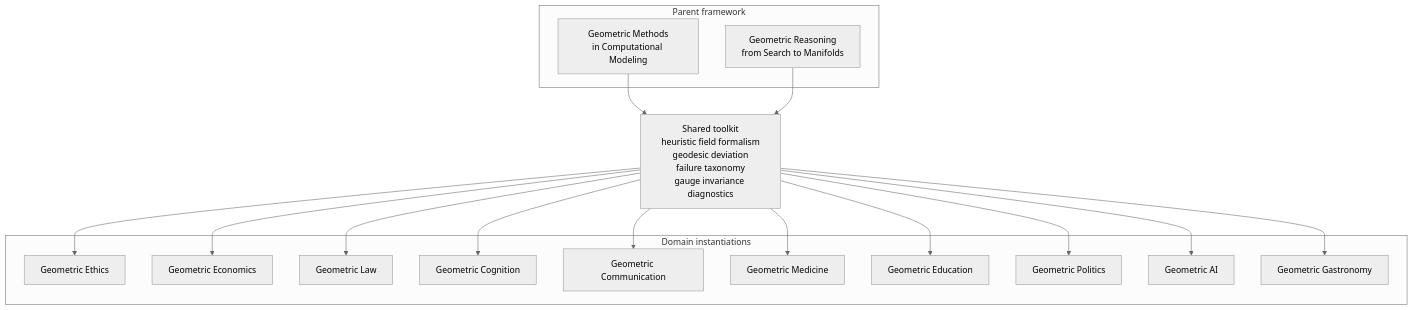
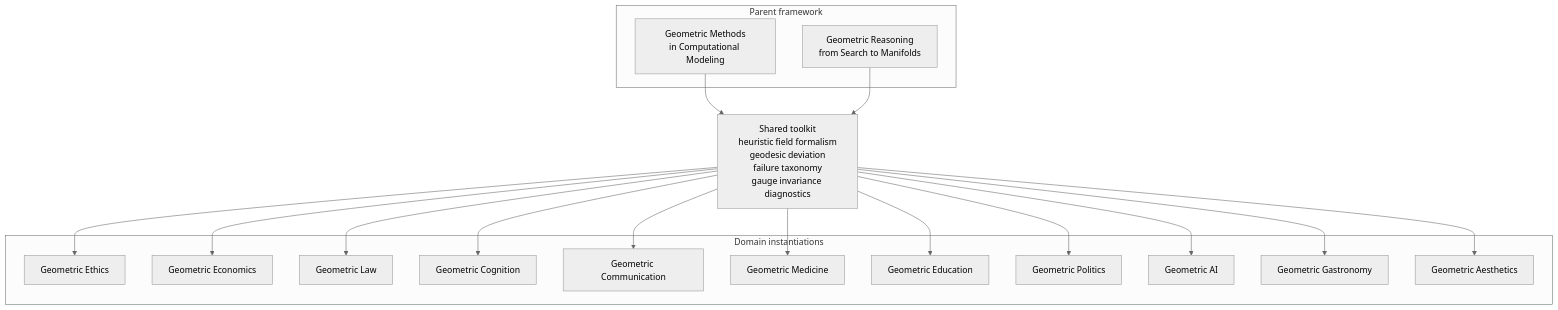
One commit to ahb-sjsu/geometric-law changed the diagram in README.md. Above: the diagram before and after it, drawn with Mermaid (neutral theme). The commit also changed other lines of this file, not shown here.

Commit message:
docs: add Geometric Aesthetics to series table + mermaid map

````diff
--- a/README.md
+++ b/README.md
@@ -23,35 +23,37 @@
 ```mermaid
 flowchart TB
     subgraph ROOT[Parent framework]
       METH[Geometric Methods<br/>in Computational Modeling]
       REAS[Geometric Reasoning<br/>from Search to Manifolds]
     end
 
     subgraph DOMAIN[Domain instantiations]
       ETH[Geometric Ethics]
       ECO[Geometric Economics]
       LAW[Geometric Law]
       COG[Geometric Cognition]
       COM[Geometric Communication]
       MED[Geometric Medicine]
       EDU[Geometric Education]
       POL[Geometric Politics]
       AI[Geometric AI]
       GAS[Geometric Gastronomy]
+      AES[Geometric Aesthetics]
     end
 
     COMMON[Shared toolkit<br/>heuristic field formalism<br/>geodesic deviation<br/>failure taxonomy<br/>gauge invariance diagnostics]
 
     METH --> COMMON
     REAS --> COMMON
     COMMON --> ETH
     COMMON --> ECO
     COMMON --> LAW
     COMMON --> COG
     COMMON --> COM
     COMMON --> MED
     COMMON --> EDU
     COMMON --> POL
     COMMON --> AI
     COMMON --> GAS
+    COMMON --> AES
 ```
````
